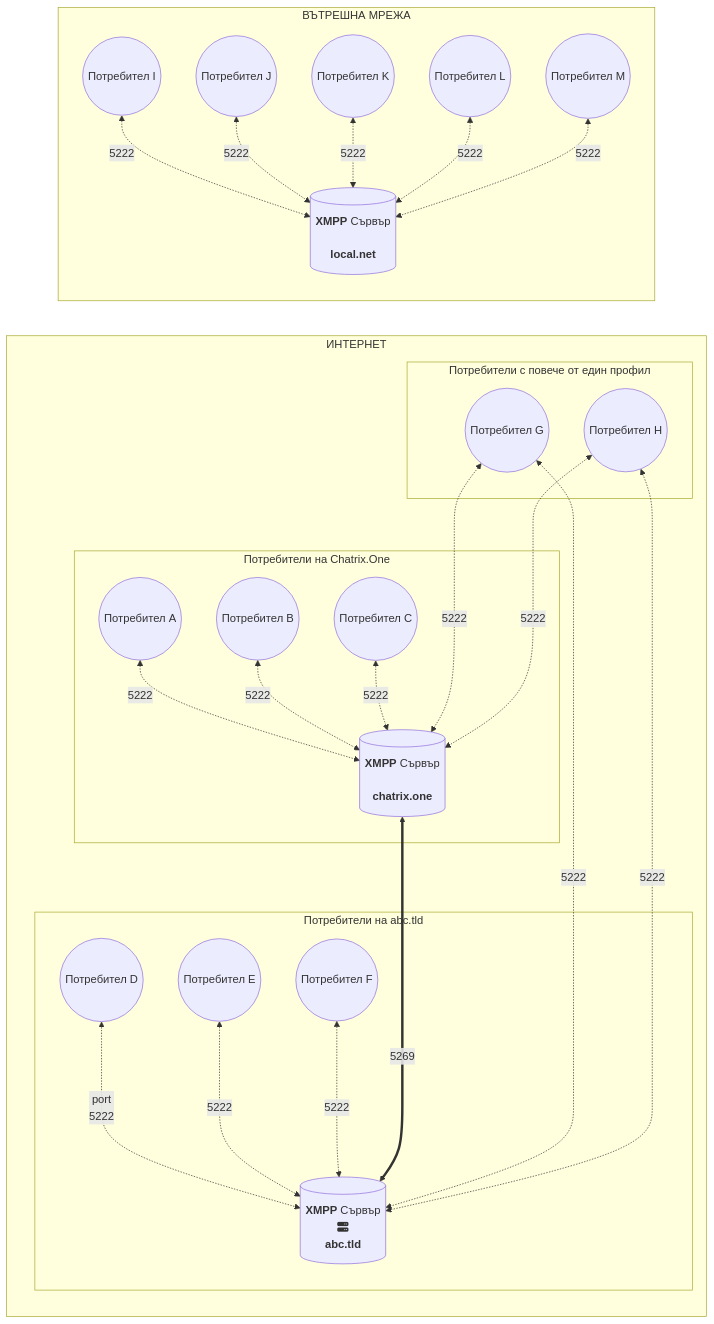
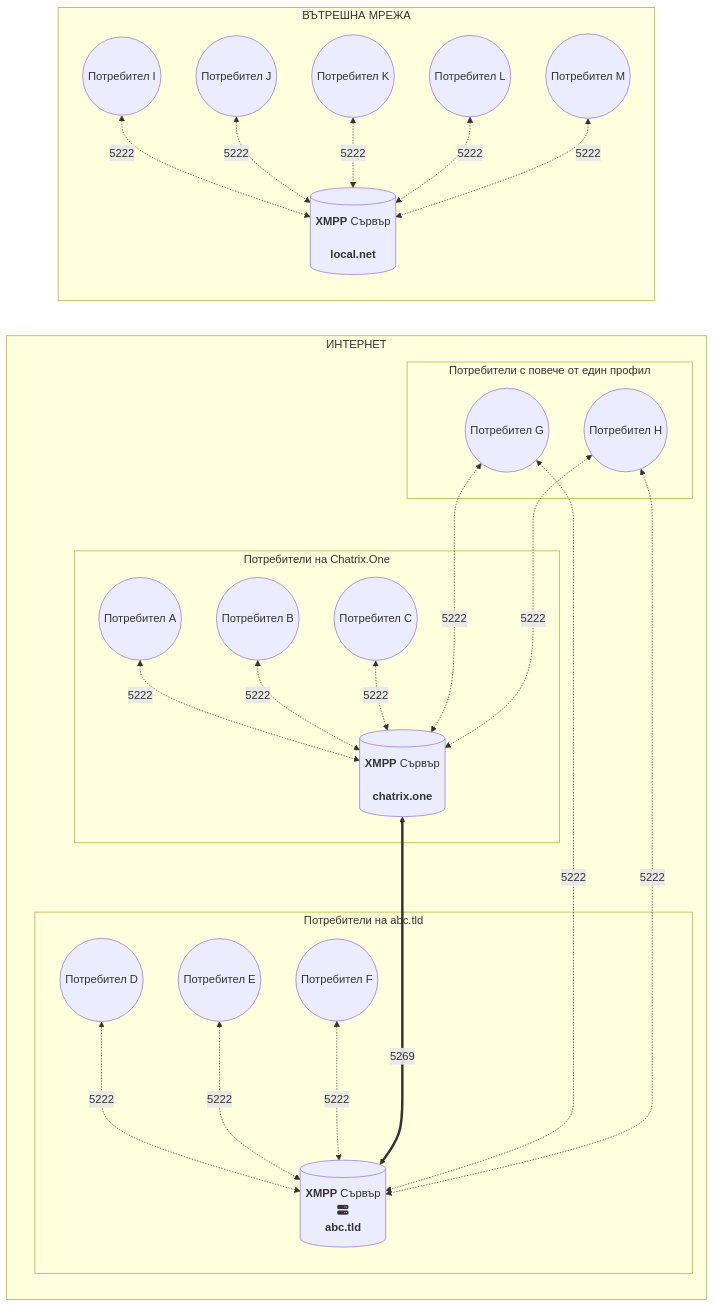
One commit to ChatrixOne/docs.chatrix.one changed the first of 2 diagrams in docs/faq.md. Above: the diagram before and after it, drawn with Mermaid. The commit also changed 1 other file, not shown here.

Commit message:
Fix FAQ Diagram

````diff
--- a/docs/faq.md
+++ b/docs/faq.md
@@ -35,34 +35,34 @@
 ```mermaid
 flowchart RL
     subgraph ИНТЕРНЕТ
         subgraph Потребители на Chatrix.One
         CHATRIX[(<b>XMPP</b> Сървър <br><br> <b>chatrix.one</b>)]
         a((Потребител A)) <-.-> |5222| CHATRIX
         b((Потребител B)) <-.-> |5222| CHATRIX
         c((Потребител C)) <-.-> |5222| CHATRIX
         end
 
         subgraph Потребители на abc.tld
         ABC[(<b>XMPP</b> Сървър <br>fa:fa-server<br> <b>abc.tld</b>)]
-        d((Потребител D)) <-..-> |port<br>5222| ABC
+        d((Потребител D)) <-..-> |5222| ABC
         e((Потребител E)) <-..-> |5222| ABC
         f((Потребител F)) <-..-> |5222| ABC
         end
 
         CHATRIX <====> |5269| ABC
 
         subgraph Потребители с повече от един профил
         g((Потребител G)) <-..-> |5222| CHATRIX & ABC
         h((Потребител H)) <-..-> |5222| CHATRIX & ABC
         end
     end
 
     subgraph ВЪТРЕШНА МРЕЖА
     LOCAL[(<b>XMPP</b> Сървър <br><br> <b>local.net</b>)]
     i((Потребител I)) <-.-> |5222| LOCAL
     j((Потребител J)) <-.-> |5222| LOCAL
     k((Потребител K)) <-.-> |5222| LOCAL
     l((Потребител L)) <-.-> |5222| LOCAL
     m((Потребител M)) <-.-> |5222| LOCAL
     end
 ```
````
